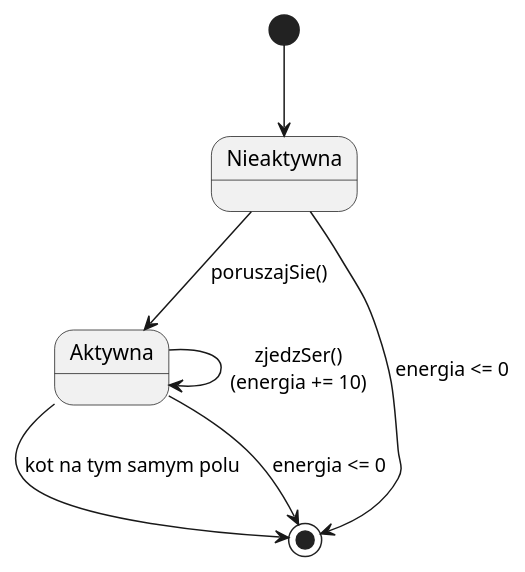
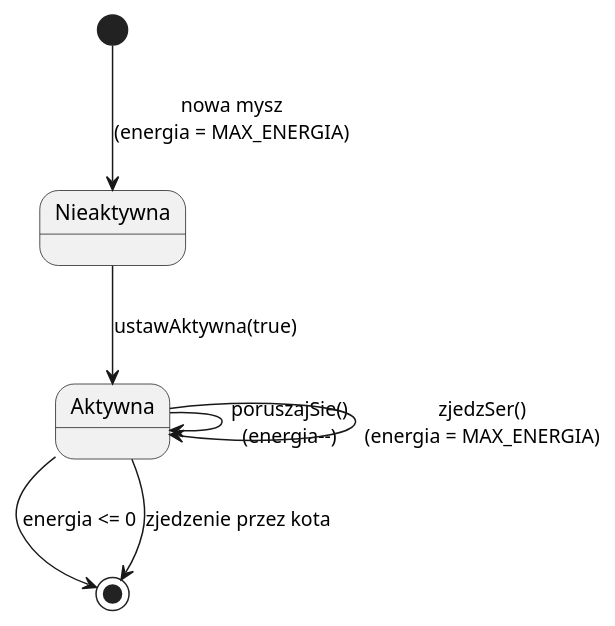
Before and after one commit to rochmir/symulacja_agentowa1: the diagram in diagram_maszyna_stanow_mysz.puml, drawn with PlantUML. The commit also changed 12 other files, not shown here.

```diff
--- a/diagram_maszyna_stanow_mysz.puml
+++ b/diagram_maszyna_stanow_mysz.puml
@@ -1,10 +1,8 @@
 @startuml
-
-[*] --> Nieaktywna
-Nieaktywna --> Aktywna : poruszajSie()
-Nieaktywna --> [*] : energia <= 0
-Aktywna --> [*] : kot na tym samym polu
+[*] --> Nieaktywna : nowa mysz\n(energia = MAX_ENERGIA)
+Nieaktywna --> Aktywna : ustawAktywna(true)
+Aktywna --> Aktywna : poruszajSie()\n(energia--)
+Aktywna --> Aktywna : zjedzSer()\n(energia = MAX_ENERGIA)
 Aktywna --> [*] : energia <= 0
-Aktywna --> Aktywna : zjedzSer()\n(energia += 10)
-
+Aktywna --> [*] : zjedzenie przez kota
 @enduml
```
